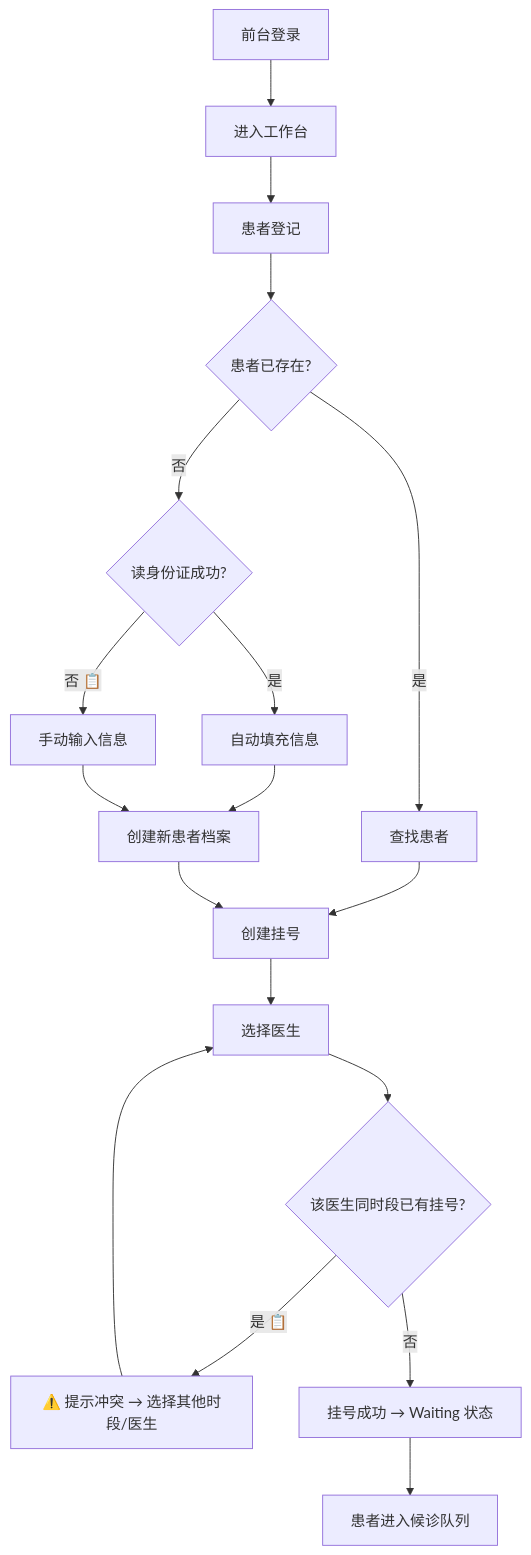
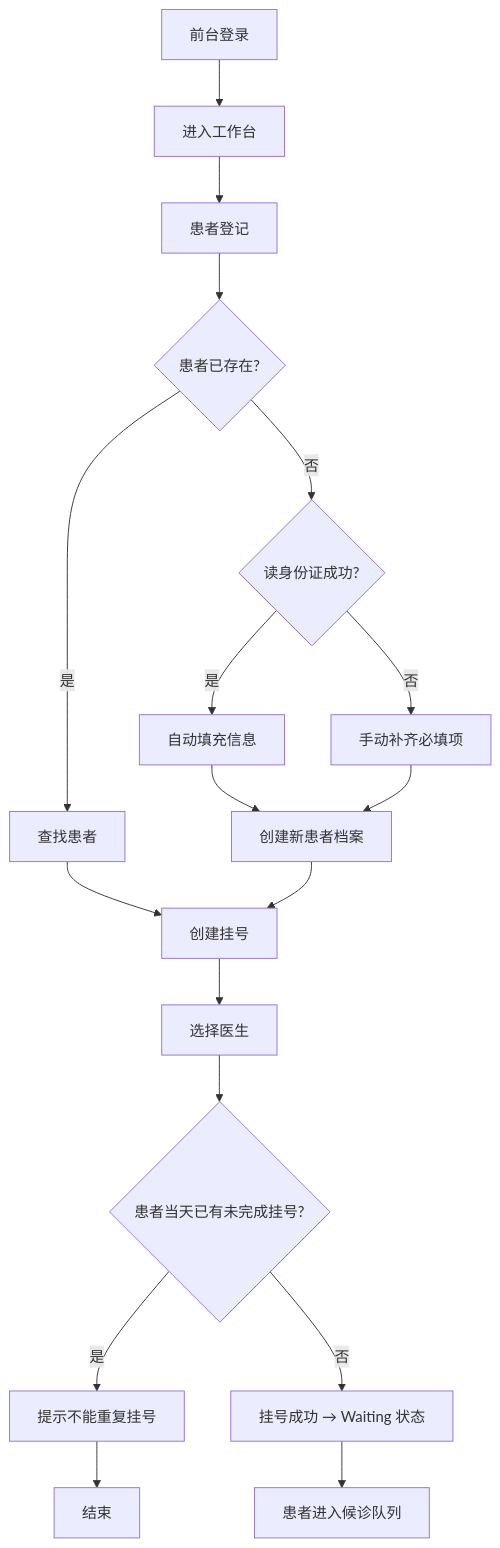
One commit to shouqitao/LYBTZYZS changed the tenth of 11 diagrams in docs/01-product/02-personas.md. Above: the diagram before and after it, drawn with Mermaid. The commit also changed other lines of this file and 3 other files, not shown here.

````diff
--- a/docs/01-product/02-personas.md
+++ b/docs/01-product/02-personas.md
@@ -381,23 +381,23 @@
 ```mermaid
 flowchart TD
     A[前台登录] --> B[进入工作台]
 
     B --> C[患者登记]
     C --> D{患者已存在?}
     D -->|是| E[查找患者]
     D -->|否| F{读身份证成功?}
     F -->|是| G[自动填充信息]
-    F -->|否 📋| H[手动输入信息]
+    F -->|否| H[手动补齐必填项]
     G --> I[创建新患者档案]
     H --> I
     E --> J[创建挂号]
     I --> J
 
     J --> K[选择医生]
-    K --> L{该医生同时段已有挂号?}
-    L -->|是 📋| M[⚠️ 提示冲突 → 选择其他时段/医生]
+    K --> L{患者当天已有未完成挂号?}
+    L -->|是| M[提示不能重复挂号]
     L -->|否| N[挂号成功 → Waiting 状态]
-    M --> K
+    M --> O[结束]
 
-    N --> O[患者进入候诊队列]
+    N --> P[患者进入候诊队列]
 ```
````
